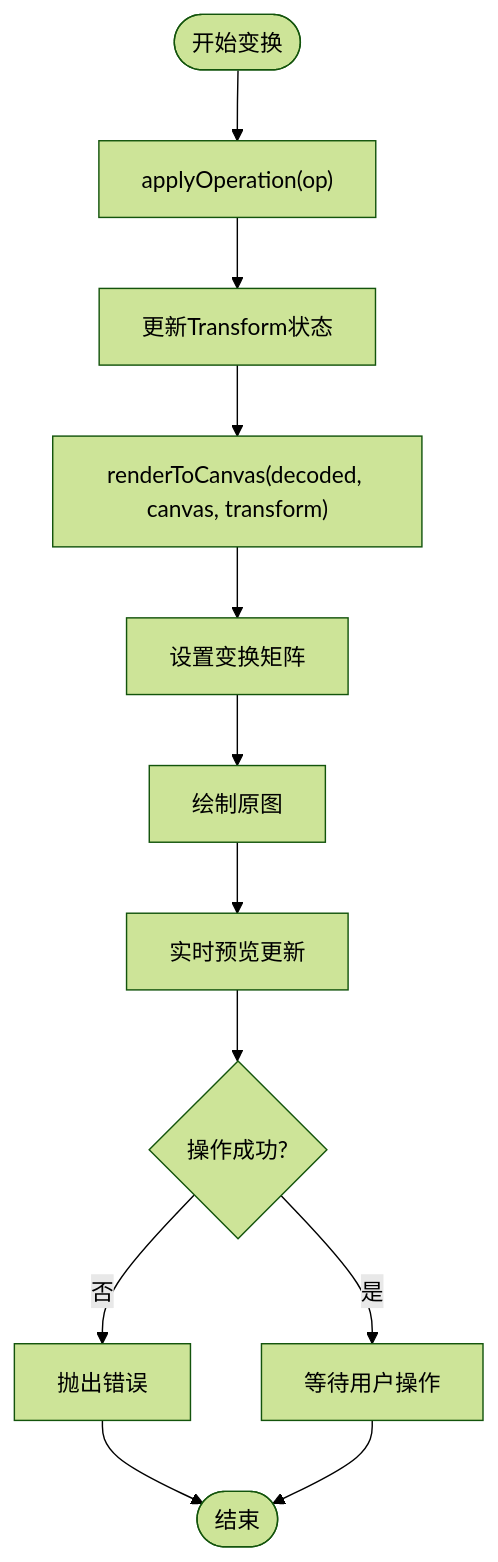
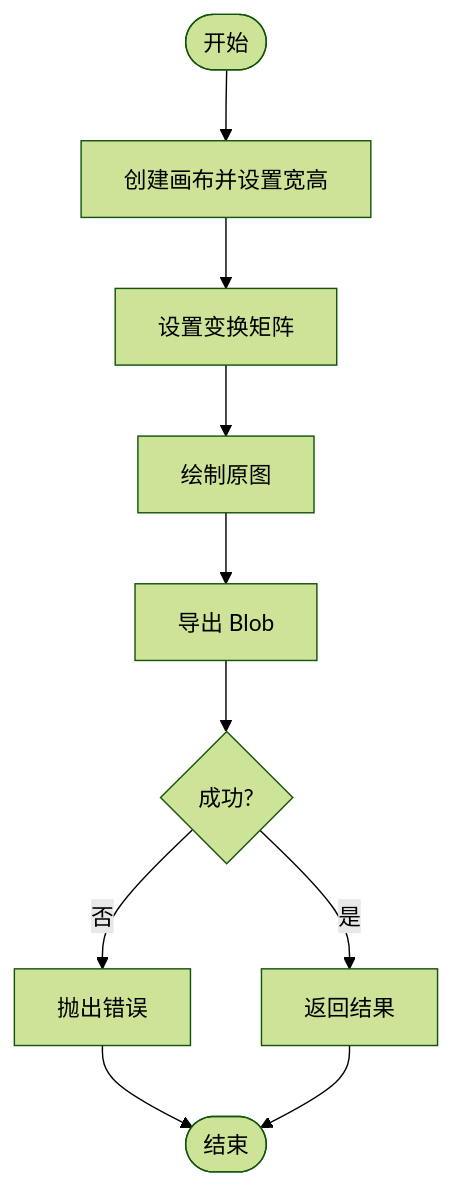
One commit to sgyy/privadeck changed the third of 6 diagrams in .qoder/repowiki/zh/content/图像工具/图像变换.md. Above: the diagram before and after it, drawn with Mermaid (forest theme). The commit also changed other lines of this file and 48 other files, not shown here.

````diff
--- a/.qoder/repowiki/zh/content/图像工具/图像变换.md
+++ b/.qoder/repowiki/zh/content/图像工具/图像变换.md
@@ -168,14 +152,12 @@
 ```mermaid
 flowchart TD
-Start(["开始变换"]) --> ApplyOp["applyOperation(op)"]
-ApplyOp --> UpdateState["更新Transform状态"]
-UpdateState --> RenderCanvas["renderToCanvas(decoded, canvas, transform)"]
-RenderCanvas --> SetTransform["设置变换矩阵"]
+Start(["开始"]) --> CreateCanvas["创建画布并设置宽高"]
+CreateCanvas --> SetTransform["设置变换矩阵"]
 SetTransform --> Draw["绘制原图"]
-Draw --> Preview["实时预览更新"]
-Preview --> Success{"操作成功?"}
-Success --> |是| WaitUser["等待用户操作"]
+Draw --> ToBlob["导出 Blob"]
+ToBlob --> Success{"成功?"}
+Success --> |是| Return["返回结果"]
 Success --> |否| ThrowErr["抛出错误"]
 ThrowErr --> End(["结束"])
-WaitUser --> End
+Return --> End
 ```
````
